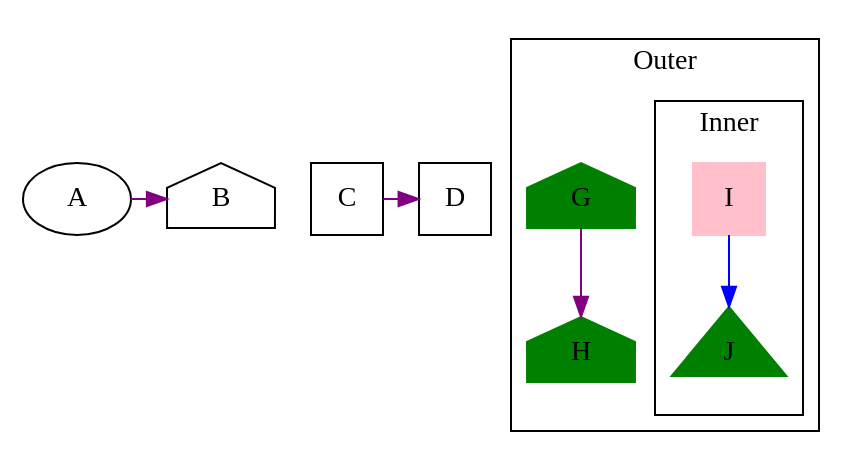
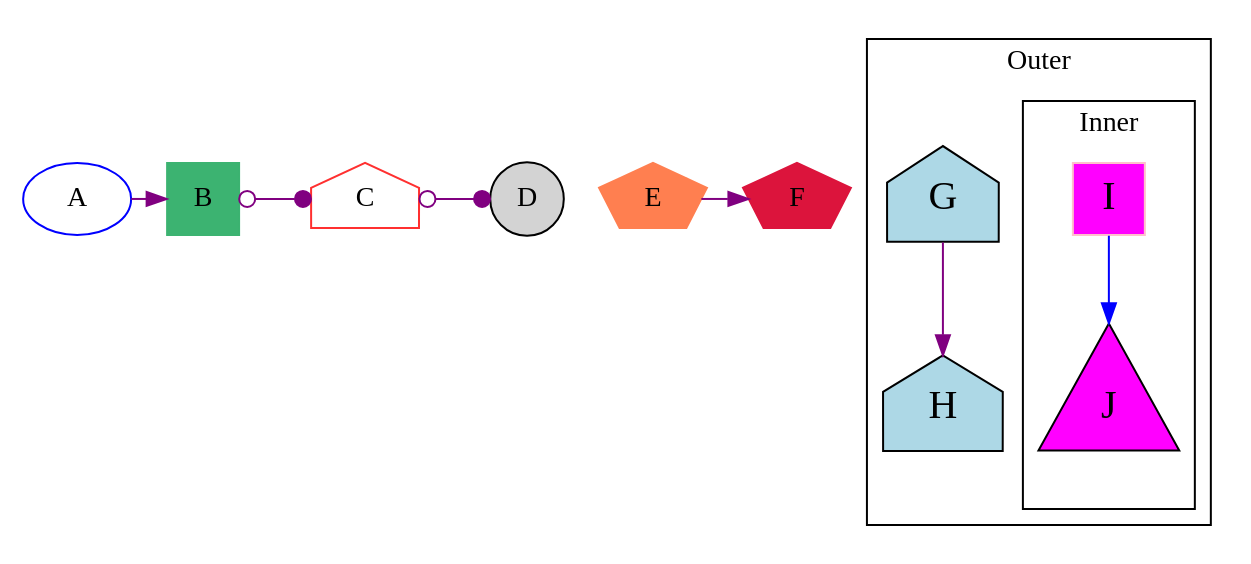
One commit to graphviz-perl/GraphViz2-Marpa changed the diagram in data/55.gv. Above: the diagram before and after it, drawn with Graphviz. The commit also changed 4 other files, not shown here.

```diff
--- a/data/55.gv
+++ b/data/55.gv
@@ -1,32 +1,43 @@
 strict digraph graph_55
 {
-	A [shape = oval]
+	A [color = blue]
 
 	node [shape = house]
 	edge [color = purple]
 
 	{
 		rank = same
-		B
-		node [shape = square]
+		C
+		node [shape = circle style = filled]
 		A -> B
-		{ C -> D }
+		B [color = mediumseagreen]
+		C [color = firebrick1]
+		B -> C -> D [arrowtail = odot arrowhead = dot dir = both minlen = 2]
+		{
+			node [shape = pentagon]
+			E [color = coral]
+			F [color = crimson]
+			E -> F
+		}
 	}
 
-	node [color = green style = filled]
+	B [shape = square]
+
+	node [fillcolor = lightblue fontsize = 20 style = filled]
 
 	subgraph cluster_outer
 	{
+		label = Outer
 		G -> H
-		label = Outer
+
 		subgraph cluster_inner
 		{
-			node [shape = triangle]
+			label = Inner
+			node [fillcolor = magenta shape = triangle]
 			edge [color = blue]
 			I [color = pink shape = square]
 			I -> J
-			label = Inner
 		}
 	}
 	graph [rankdir = TB]
 }
```
